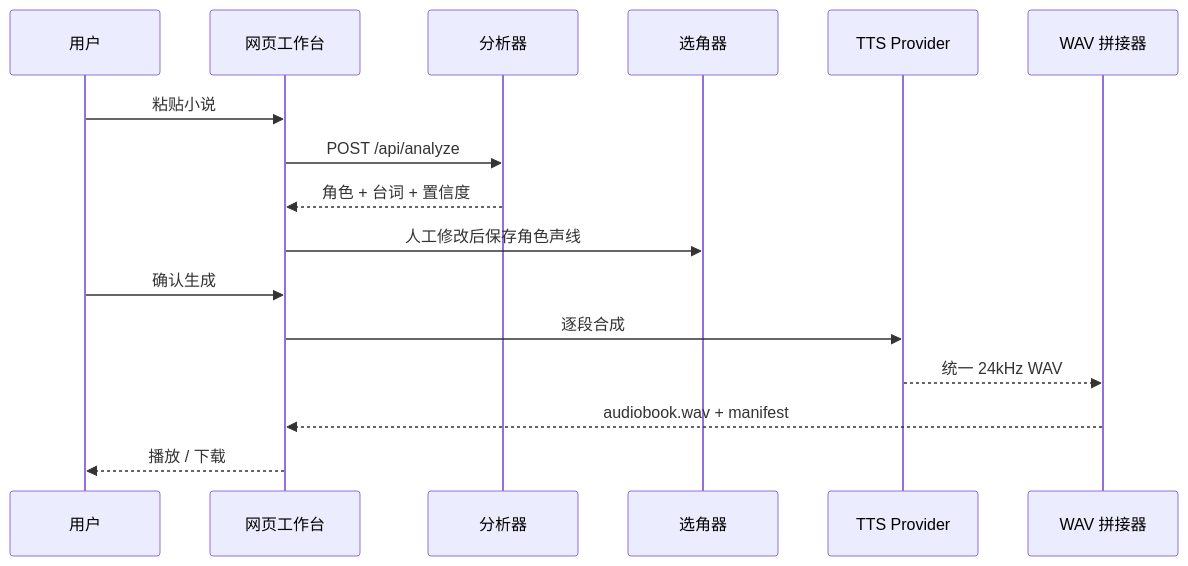
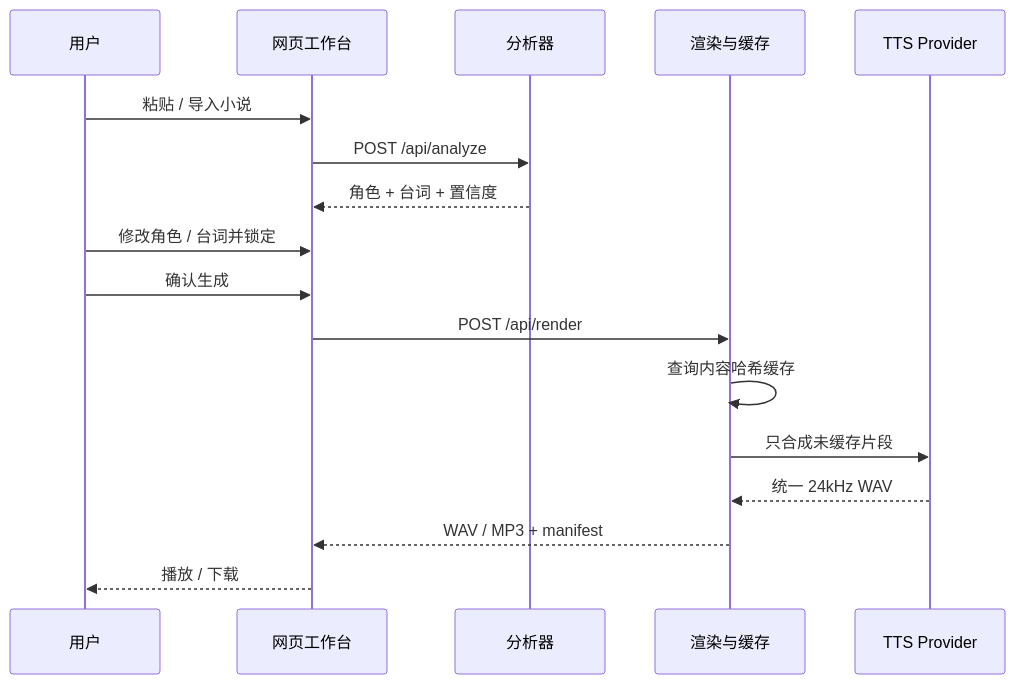
The diagram in docs/ARCHITECTURE.md (mungbean138516-jpg/multi-character-_text_to_speech), drawn with Mermaid before and after one commit. The commit also changed other lines of this file and 31 other files, not shown here.

````diff
--- a/docs/ARCHITECTURE.md
+++ b/docs/ARCHITECTURE.md
@@ -14,19 +16,20 @@
 ```mermaid
 sequenceDiagram
     participant U as 用户
     participant W as 网页工作台
     participant A as 分析器
-    participant C as 选角器
+    participant R as 渲染与缓存
     participant T as TTS Provider
-    participant M as WAV 拼接器
 
-    U->>W: 粘贴小说
+    U->>W: 粘贴 / 导入小说
     W->>A: POST /api/analyze
     A-->>W: 角色 + 台词 + 置信度
-    W->>C: 人工修改后保存角色声线
+    U->>W: 修改角色 / 台词并锁定
     U->>W: 确认生成
-    W->>T: 逐段合成
-    T-->>M: 统一 24kHz WAV
-    M-->>W: audiobook.wav + manifest
+    W->>R: POST /api/render
+    R->>R: 查询内容哈希缓存
+    R->>T: 只合成未缓存片段
+    T-->>R: 统一 24kHz WAV
+    R-->>W: WAV / MP3 + manifest
     W-->>U: 播放 / 下载
 ```
````
